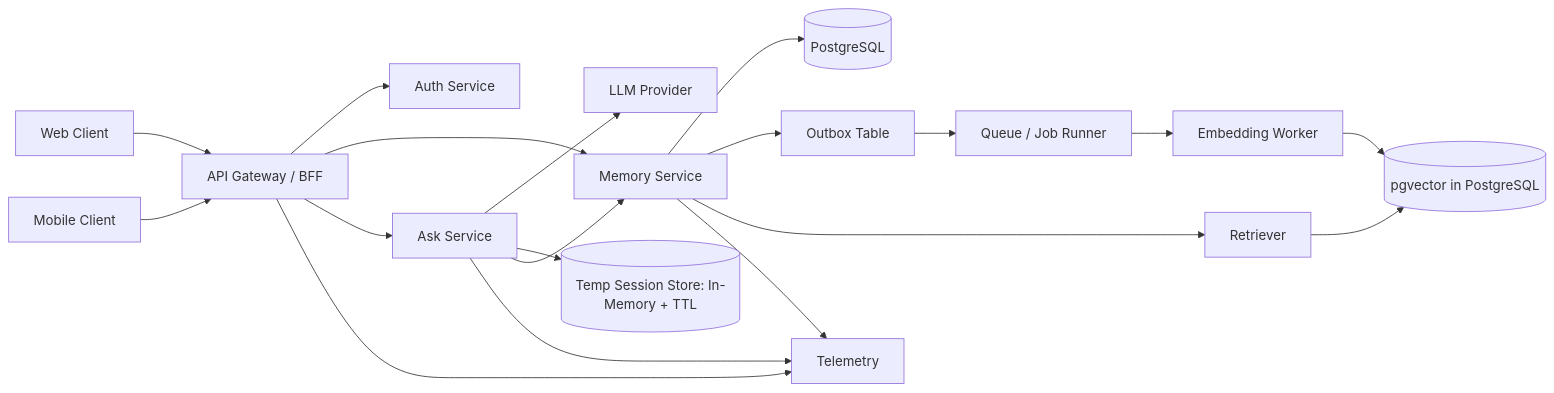
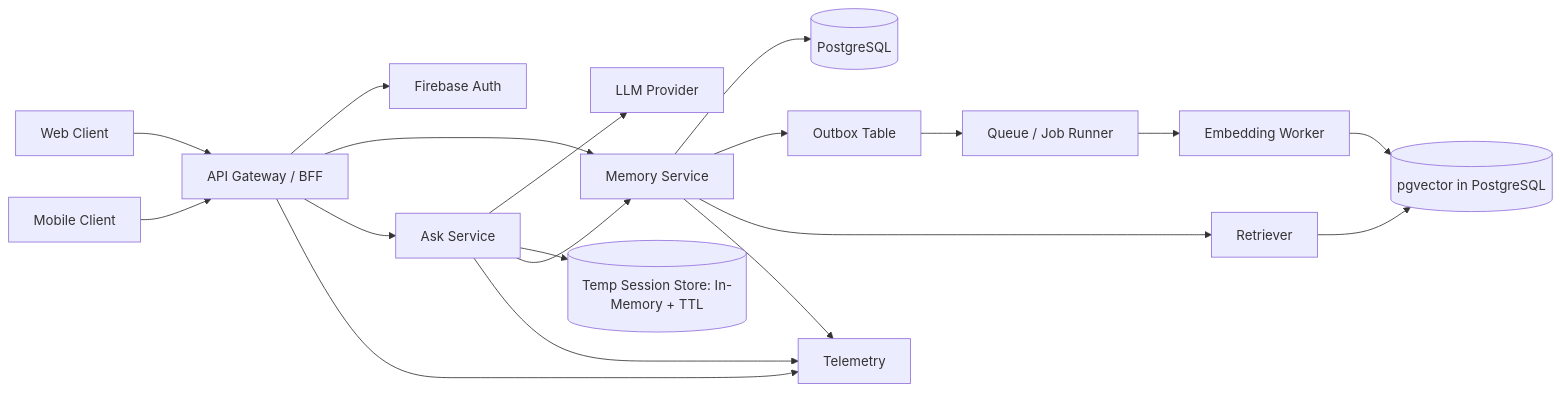
Before and after one commit to JoungPark/second-memory: the first of 5 diagrams in docs/architecture/v1-system-architecture.md, drawn with Mermaid. The commit also changed other lines of this file and 6 other files, not shown here.

````diff
--- a/docs/architecture/v1-system-architecture.md
+++ b/docs/architecture/v1-system-architecture.md
@@ -37,27 +37,27 @@
 ```mermaid
 flowchart LR
     W[Web Client] --> G[API Gateway / BFF]
     M[Mobile Client] --> G
 
-    G --> A[Auth Service]
+    G --> A[Firebase Auth]
     G --> MS[Memory Service]
     G --> AS[Ask Service]
 
     MS --> P[(PostgreSQL)]
     MS --> O[Outbox Table]
 
     O --> K[Queue / Job Runner]
     K --> E[Embedding Worker]
     E --> V[(pgvector in PostgreSQL)]
 
     MS --> X[Retriever]
     X --> V
     AS --> L[LLM Provider]
     AS --> S[(Temp Session Store: In-Memory + TTL)]
 
     AS --> MS
 
     AS --> T[Telemetry]
     MS --> T
     G --> T
 ```
````
